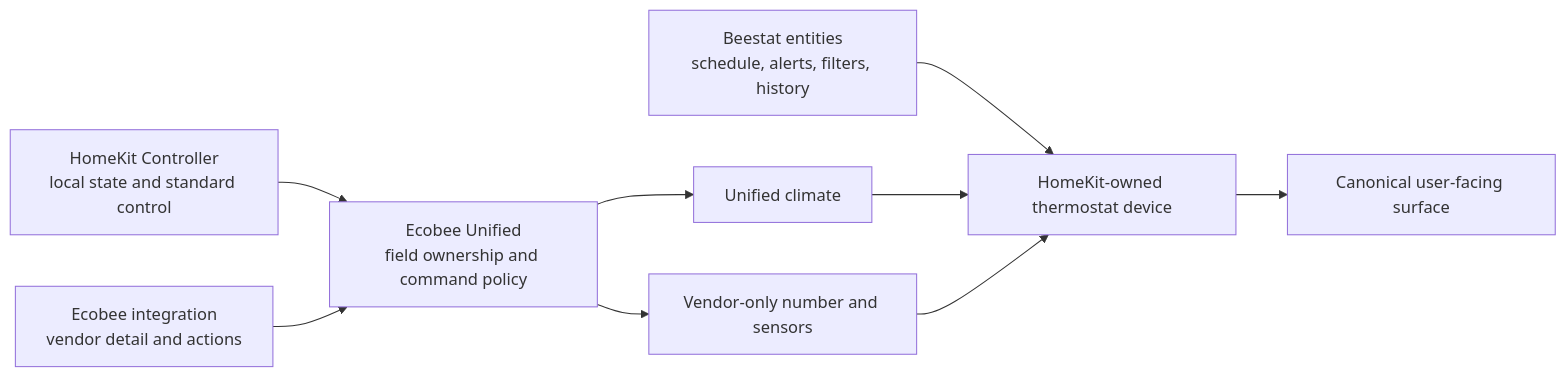
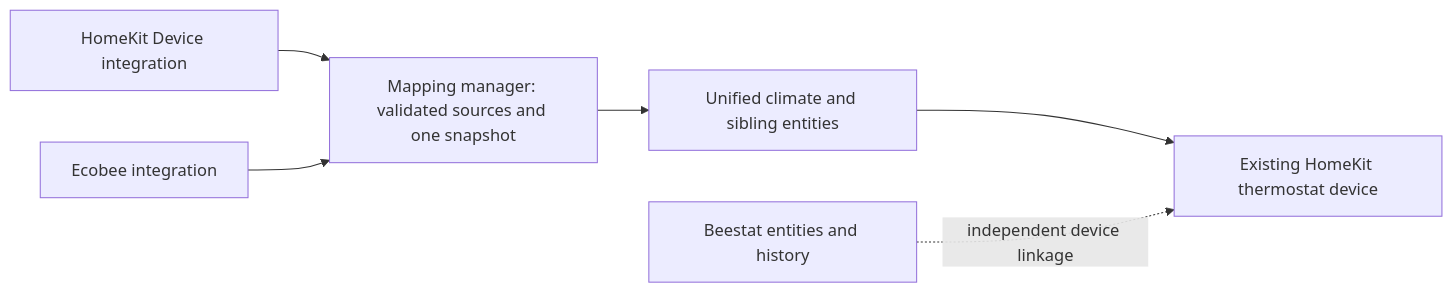
The diagram in docs/architecture.md (ItsColby/ecobee-unified), drawn with Mermaid before and after one commit. The commit also changed other lines of this file and 14 other files, not shown here.

````diff
--- a/docs/architecture.md
+++ b/docs/architecture.md
@@ -12,11 +13,8 @@
 ```mermaid
 flowchart LR
-    HK["HomeKit Controller\nlocal state and standard control"] --> U["Ecobee Unified\nfield ownership and command policy"]
-    EC["Ecobee integration\nvendor detail and actions"] --> U
-    BS["Beestat entities\nschedule, alerts, filters, history"] --> P["HomeKit-owned thermostat device"]
-    U --> C["Unified climate"]
-    U --> S["Vendor-only number and sensors"]
-    C --> P
-    S --> P
-    P --> X["Canonical user-facing surface"]
+    HK["HomeKit Device integration"] --> M["Mapping manager: validated sources and one snapshot"]
+    EC["Ecobee integration"] --> M
+    M --> C["Unified climate and sibling entities"]
+    C --> D["Existing HomeKit thermostat device"]
+    B["Beestat entities and history"] -. "independent device linkage" .-> D
 ```
````
